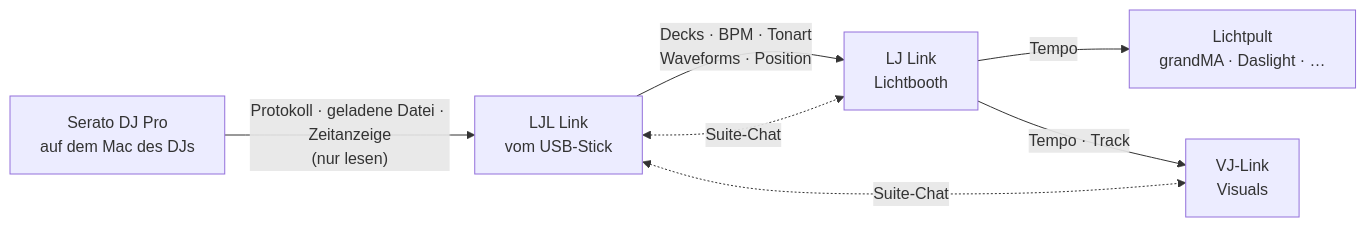
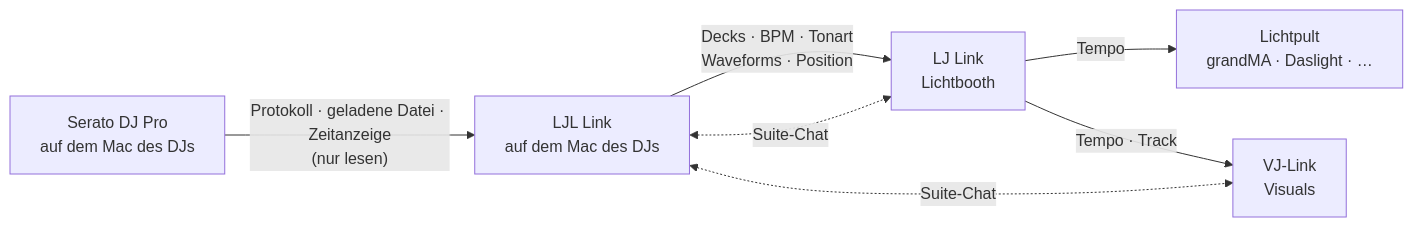
One commit to skyplayser/LJL-Link changed the diagram in README.de.md. Above: the diagram before and after it, drawn with Mermaid. The commit also changed other lines of this file and 18 other files, not shown here.

First line of the commit message:
LJL Link 0.4.0: finds the booth by itself, approval without club.json

````diff
--- a/README.de.md
+++ b/README.de.md
@@ -137,9 +137,9 @@
 ```mermaid
 flowchart LR
-  S["Serato DJ Pro<br/>auf dem Mac des DJs"] -->|"Protokoll · geladene Datei · Zeitanzeige<br/>(nur lesen)"| L["LJL Link<br/>vom USB-Stick"]
+  S["Serato DJ Pro<br/>auf dem Mac des DJs"] -->|"Protokoll · geladene Datei · Zeitanzeige<br/>(nur lesen)"| L["LJL Link<br/>auf dem Mac des DJs"]
   L -->|"Decks · BPM · Tonart<br/>Waveforms · Position"| J["LJ Link<br/>Lichtbooth"]
   J -->|Tempo| D["Lichtpult<br/>grandMA · Daslight · …"]
   J -->|"Tempo · Track"| V["VJ-Link<br/>Visuals"]
   L <-.->|Suite-Chat| J
   L <-.->|Suite-Chat| V
 ```
````
